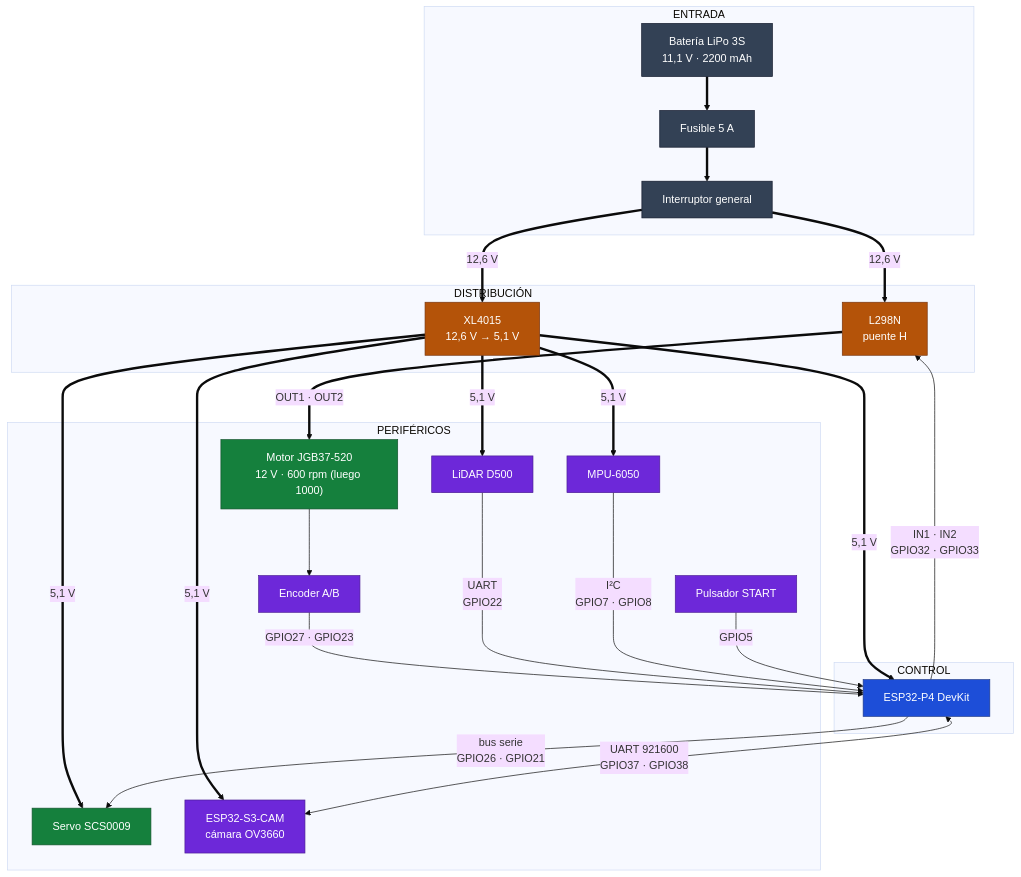
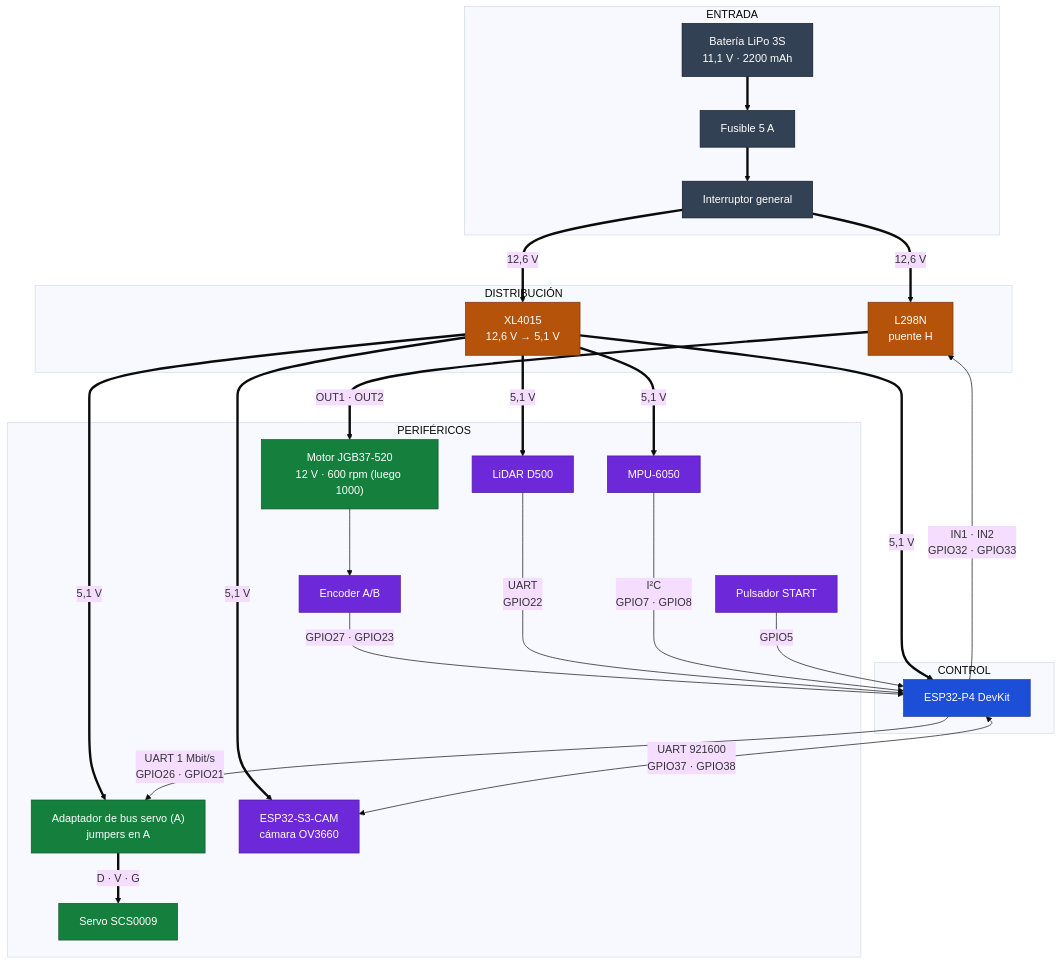
One commit to Eddym06/AutoNex changed the first of 5 diagrams in docs/ELECTRONICS.md. Above: the diagram before and after it, drawn with Mermaid (base theme). The commit also changed other lines of this file, not shown here.

Commit message:
electronica actualizada con la placa de comunicacion del servo por ST/SC

````diff
--- a/docs/ELECTRONICS.md
+++ b/docs/ELECTRONICS.md
@@ -79,57 +87,59 @@
 ```mermaid
 flowchart TB
     subgraph ENT["ENTRADA"]
         BAT["Batería LiPo 3S<br/>11,1 V · 2200 mAh"]
         FUS["Fusible 5 A"]
         SW["Interruptor general"]
     end
 
     subgraph DIST["DISTRIBUCIÓN"]
         L298["L298N<br/>puente H"]
         BUCK["XL4015<br/>12,6 V → 5,1 V"]
     end
 
     subgraph CTRL["CONTROL"]
         P4["ESP32-P4 DevKit"]
     end
 
     subgraph PER["PERIFÉRICOS"]
         MOT["Motor JGB37-520<br/>12 V · 600 rpm (luego 1000)"]
         ENC["Encoder A/B"]
+        ADP["Adaptador de bus servo (A)<br/>jumpers en A"]
         SRV["Servo SCS0009"]
         LID["LiDAR D500"]
         IMU["MPU-6050"]
         BTN["Pulsador START"]
         S3CAM["ESP32-S3-CAM<br/>cámara OV3660"]
     end
 
     BAT ==> FUS ==> SW
     SW ==>|"12,6 V"| L298
     SW ==>|"12,6 V"| BUCK
     BUCK ==>|"5,1 V"| P4
-    BUCK ==>|"5,1 V"| SRV
+    BUCK ==>|"5,1 V"| ADP
     BUCK ==>|"5,1 V"| LID
     BUCK ==>|"5,1 V"| IMU
     BUCK ==>|"5,1 V"| S3CAM
     L298 ==>|"OUT1 · OUT2"| MOT
     MOT --> ENC
     P4 -->|"IN1 · IN2<br/>GPIO32 · GPIO33"| L298
     ENC -->|"GPIO27 · GPIO23"| P4
-    P4 -->|"bus serie<br/>GPIO26 · GPIO21"| SRV
+    P4 -->|"UART 1 Mbit/s<br/>GPIO26 · GPIO21"| ADP
+    ADP ==>|"D · V · G"| SRV
     LID -->|"UART<br/>GPIO22"| P4
     IMU -->|"I²C<br/>GPIO7 · GPIO8"| P4
     BTN -->|"GPIO5"| P4
     P4 <-->|"UART 921600<br/>GPIO37 · GPIO38"| S3CAM
 
     classDef ent fill:#334155,stroke:#0f172a,color:#ffffff
     classDef dist fill:#b45309,stroke:#78350f,color:#ffffff
     classDef ctrl fill:#1d4ed8,stroke:#1e3a8a,color:#ffffff
     classDef act fill:#15803d,stroke:#14532d,color:#ffffff
     classDef sen fill:#6d28d9,stroke:#4c1d95,color:#ffffff
 
     class BAT,FUS,SW ent
     class L298,BUCK dist
     class P4 ctrl
-    class MOT,SRV act
+    class MOT,SRV,ADP act
     class ENC,LID,IMU,BTN,S3CAM sen
 ```
````
